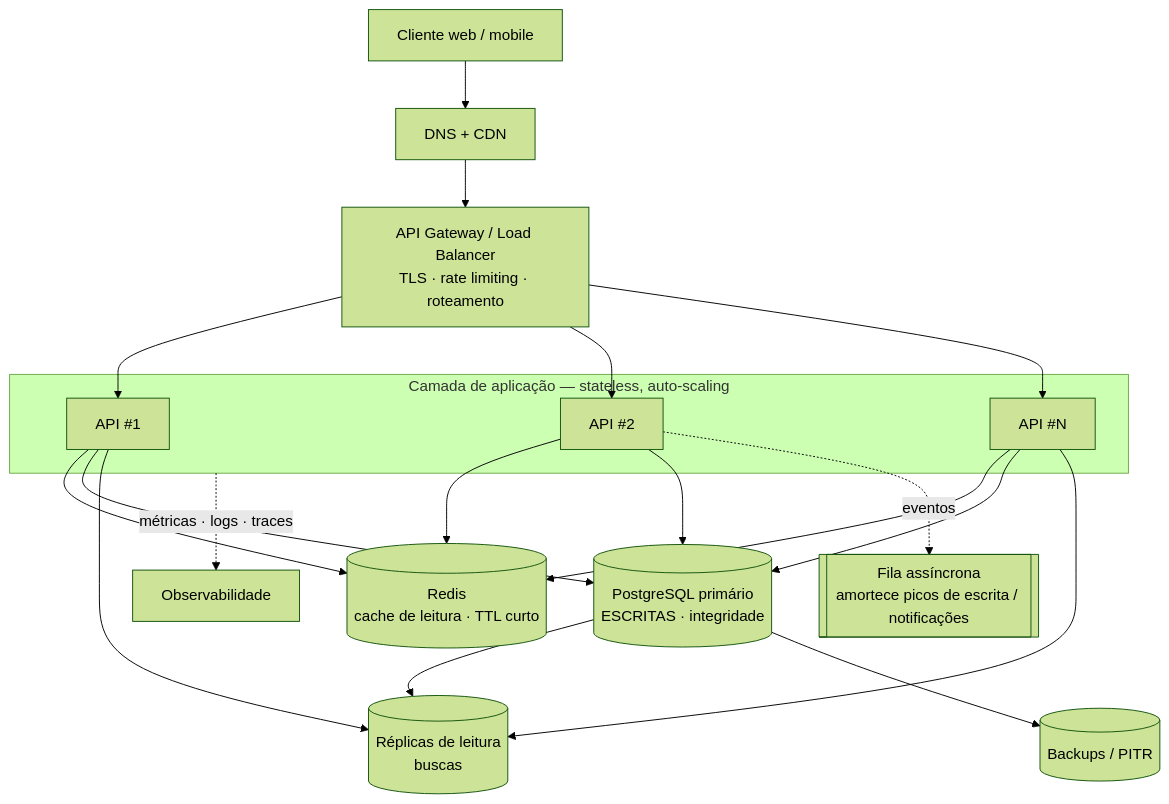
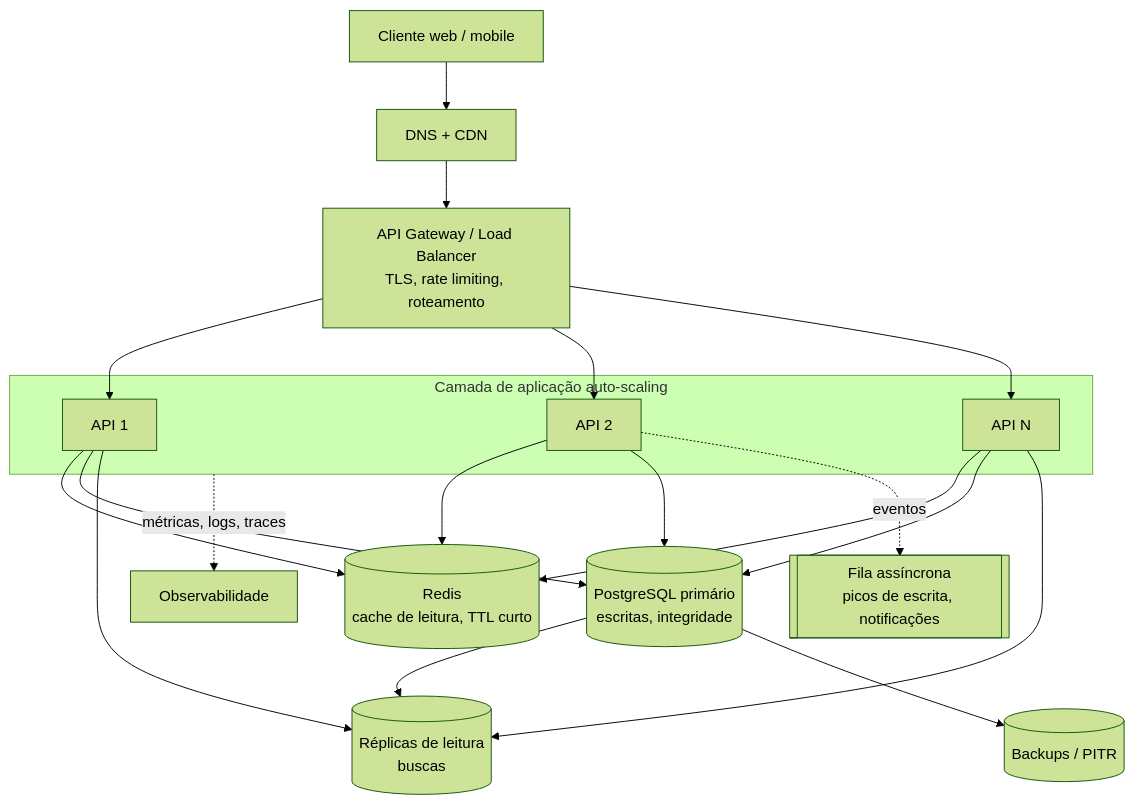
One commit to medinasp/OniBus-Express changed the third of 3 diagrams in docs/plan.md. Above: the diagram before and after it, drawn with Mermaid (forest theme). The commit also changed other lines of this file, not shown here.

Commit message:
docs: reforça a sintaxe dos diagramas para renderização robusta

````diff
--- a/docs/plan.md
+++ b/docs/plan.md
@@ -221,30 +221,30 @@
 ```mermaid
 flowchart TB
-    User[Cliente web / mobile] --> CDN[DNS + CDN]
-    CDN --> GW[API Gateway / Load Balancer<br/>TLS · rate limiting · roteamento]
+    User["Cliente web / mobile"] --> CDN["DNS + CDN"]
+    CDN --> GW["API Gateway / Load Balancer<br/>TLS, rate limiting, roteamento"]
 
-    subgraph AS [Camada de aplicação — stateless, auto-scaling]
-        API1[API #1]
-        API2[API #2]
-        APIN[API #N]
+    subgraph AS [Camada de aplicação auto-scaling]
+        API1["API 1"]
+        API2["API 2"]
+        APIN["API N"]
     end
     GW --> API1
     GW --> API2
     GW --> APIN
 
-    API1 --> Cache[(Redis<br/>cache de leitura · TTL curto)]
+    API1 --> Cache[("Redis<br/>cache de leitura, TTL curto")]
     API2 --> Cache
     APIN --> Cache
 
-    API1 --> PG[(PostgreSQL primário<br/>ESCRITAS · integridade)]
+    API1 --> PG[("PostgreSQL primário<br/>escritas, integridade")]
     API2 --> PG
     APIN --> PG
 
-    API1 --> RR[(Réplicas de leitura<br/>buscas)]
+    API1 --> RR[("Réplicas de leitura<br/>buscas")]
     APIN --> RR
     PG --> RR
-    PG --> Bak[(Backups / PITR)]
+    PG --> Bak[("Backups / PITR")]
 
-    API2 -. eventos .-> Q[[Fila assíncrona<br/>amortece picos de escrita / notificações]]
-    AS -. métricas · logs · traces .-> Obs[Observabilidade]
+    API2 -.->|eventos| Q[["Fila assíncrona<br/>picos de escrita, notificações"]]
+    AS -.->|"métricas, logs, traces"| Obs["Observabilidade"]
 ```
````
